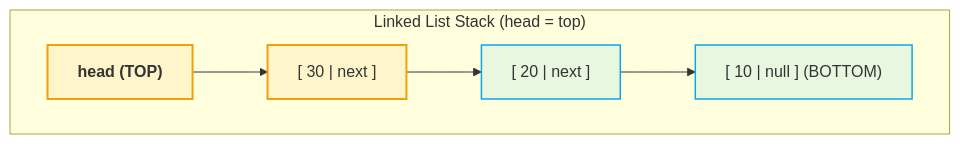
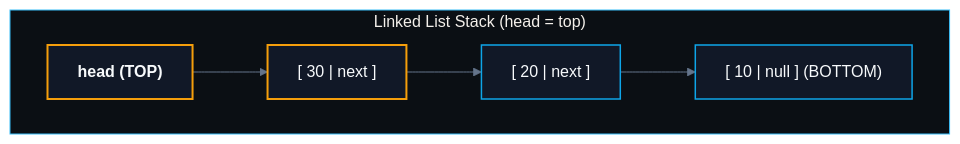
One commit to abhinavbharti2345/CS_Notes changed the third of 5 diagrams in CS/DSA/06. Stacks & Queues/02. Stack Implementation from Scratch.md. Above: the diagram before and after it, drawn with Mermaid. The commit also changed other lines of this file and 195 other files, not shown here.

````diff
--- a/CS/DSA/06. Stacks & Queues/02. Stack Implementation from Scratch.md
+++ b/CS/DSA/06. Stacks & Queues/02. Stack Implementation from Scratch.md
@@ -171,14 +173,15 @@
 ```mermaid
+%%{init: {'theme': 'base', 'themeVariables': { 'darkMode': true, 'background': '#0B0F14', 'mainBkg': '#111827', 'primaryColor': '#111827', 'primaryTextColor': '#F8FAFC', 'primaryBorderColor': '#38BDF8', 'lineColor': '#64748B', 'secondaryColor': '#0B0F14', 'tertiaryColor': '#0B0F14', 'clusterBkg': '#0B0F14', 'clusterBorder': '#38BDF8' }}}%%
 flowchart LR
     subgraph LLModel ["Linked List Stack (head = top)"]
         direction LR
         TOP["<b>head (TOP)</b>"] --> N3["[ 30 | next ]"]
         N3 --> N2["[ 20 | next ]"]
         N2 --> N1["[ 10 | null ] (BOTTOM)"]
     end
 
-    classDef topNode fill:#f59e0b18,stroke:#f59e0b,stroke-width:2px;
-    classDef nodeBox fill:#0ea5e918,stroke:#0ea5e9,stroke-width:1.5px;
+    classDef topNode fill:#111827,stroke:#f59e0b,stroke-width:2px,color:#F8FAFC;
+    classDef nodeBox fill:#111827,stroke:#0ea5e9,stroke-width:1.5px,color:#F8FAFC;
     class TOP,N3 topNode;
     class N2,N1 nodeBox;
 ```
````
